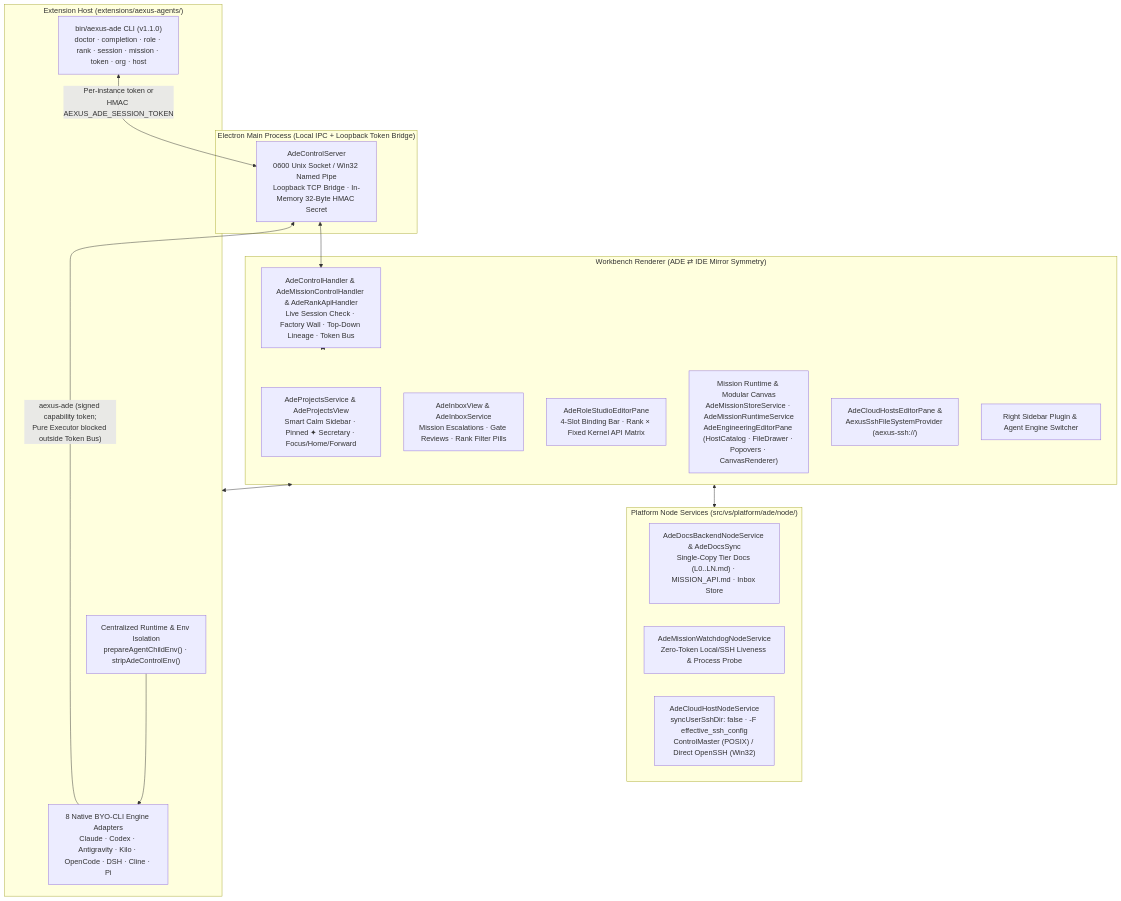
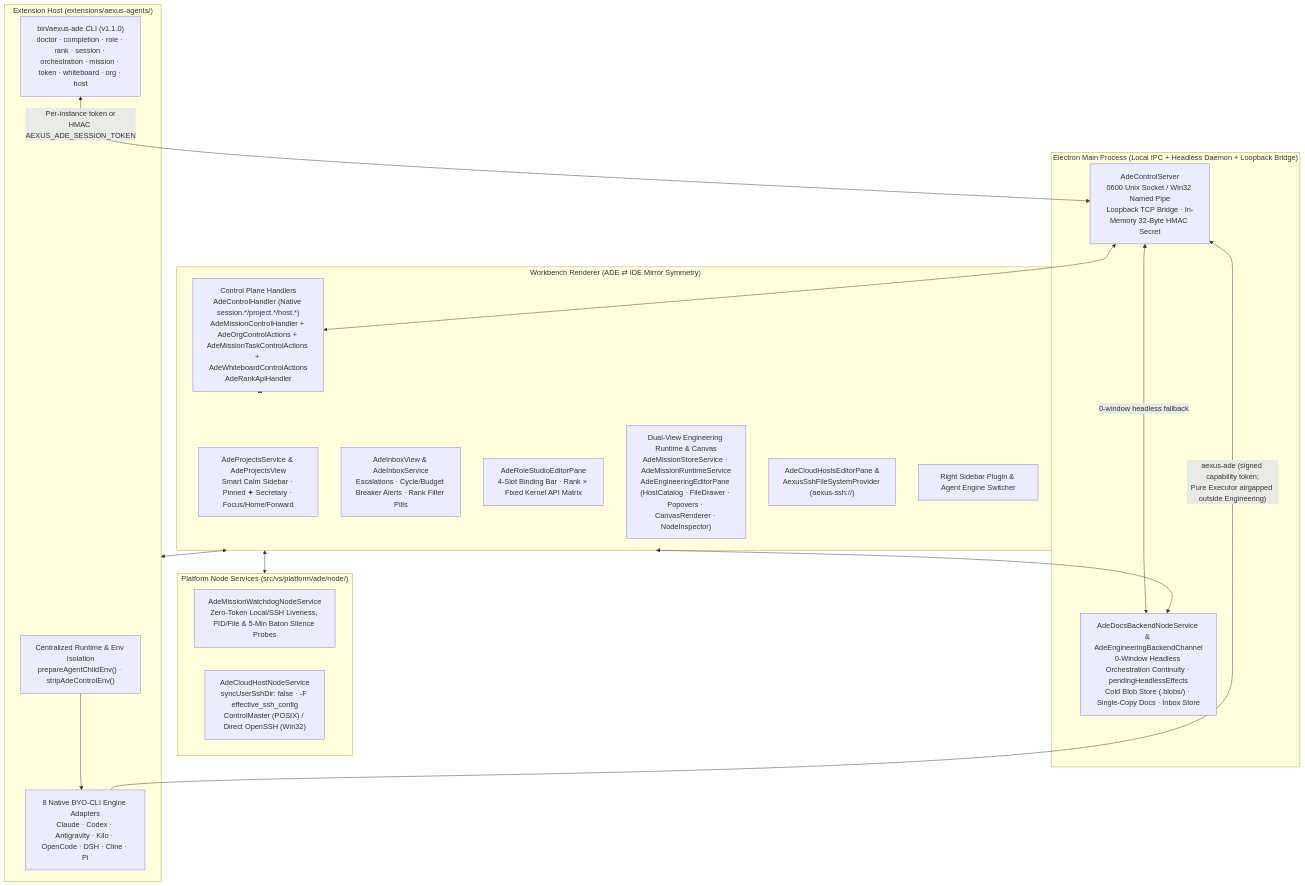
The first of 2 diagrams in docs/ARCHITECTURE.md (Daijunfan/Aexus-Code), drawn with Mermaid before and after one commit. The commit also changed other lines of this file and 184 other files, not shown here.

First line of the commit message:
feat(ade): commercial-grade backend/frontend overhaul & 24-shot 2x Retina promo showcase

````diff
--- a/docs/ARCHITECTURE.md
+++ b/docs/ARCHITECTURE.md
@@ -12,36 +12,38 @@
 ```mermaid
 flowchart TB
-    subgraph Main["Electron Main Process (Local IPC + Loopback Token Bridge)"]
+    subgraph Main["Electron Main Process (Local IPC + Headless Daemon + Loopback Bridge)"]
         CS["AdeControlServer<br/>0600 Unix Socket / Win32 Named Pipe<br/>Loopback TCP Bridge · In-Memory 32-Byte HMAC Secret"]
+        DAEMON["AdeDocsBackendNodeService &amp; AdeEngineeringBackendChannel<br/>0-Window Headless Orchestration Continuity · pendingHeadlessEffects<br/>Cold Blob Store (.blobs/) · Single-Copy Docs · Inbox Store"]
     end
 
     subgraph Workbench["Workbench Renderer (ADE ⇄ IDE Mirror Symmetry)"]
         PROJ["AdeProjectsService &amp; AdeProjectsView<br/>Smart Calm Sidebar · Pinned ✦ Secretary · Focus/Home/Forward"]
-        INBOX["AdeInboxView &amp; AdeInboxService<br/>Mission Escalations · Gate Reviews · Rank Filter Pills"]
+        INBOX["AdeInboxView &amp; AdeInboxService<br/>Escalations · Cycle/Budget Breaker Alerts · Rank Filter Pills"]
         STUDIO["AdeRoleStudioEditorPane<br/>4-Slot Binding Bar · Rank × Fixed Kernel API Matrix"]
-        MISSION["Mission Runtime &amp; Modular Canvas<br/>AdeMissionStoreService · AdeMissionRuntimeService<br/>AdeEngineeringEditorPane (HostCatalog · FileDrawer · Popovers · CanvasRenderer)"]
-        RBAC["AdeControlHandler &amp; AdeMissionControlHandler &amp; AdeRankApiHandler<br/>Live Session Check · Factory Wall · Top-Down Lineage · Token Bus"]
+        ENG["Dual-View Engineering Runtime &amp; Canvas<br/>AdeMissionStoreService · AdeMissionRuntimeService<br/>AdeEngineeringEditorPane (HostCatalog · FileDrawer · Popovers · CanvasRenderer · NodeInspector)"]
+        RBAC["Control Plane Handlers<br/>AdeControlHandler (Native session.*/project.*/host.*)<br/>AdeMissionControlHandler + AdeOrgControlActions + AdeMissionTaskControlActions + AdeWhiteboardControlActions<br/>AdeRankApiHandler"]
         SSHUI["AdeCloudHostsEditorPane &amp;<br/>AexusSshFileSystemProvider (aexus-ssh://)"]
         PLUG["Right Sidebar Plugin &amp; Agent Engine Switcher"]
     end
 
     subgraph NodeServices["Platform Node Services (src/vs/platform/ade/node/)"]
-        DOCS["AdeDocsBackendNodeService &amp; AdeDocsSync<br/>Single-Copy Tier Docs (L0..LN.md) · MISSION_API.md · Inbox Store"]
-        WD["AdeMissionWatchdogNodeService<br/>Zero-Token Local/SSH Liveness &amp; Process Probe"]
+        WD["AdeMissionWatchdogNodeService<br/>Zero-Token Local/SSH Liveness, PID/File &amp; 5-Min Baton Silence Probes"]
         CLOUD["AdeCloudHostNodeService<br/>syncUserSshDir: false · -F effective_ssh_config<br/>ControlMaster (POSIX) / Direct OpenSSH (Win32)"]
     end
 
     subgraph ExtHost["Extension Host (extensions/aexus-agents/)"]
         RT["Centralized Runtime &amp; Env Isolation<br/>prepareAgentChildEnv() · stripAdeControlEnv()"]
-        CLI["bin/aexus-ade CLI (v1.1.0)<br/>doctor · completion · role · rank · session · mission · token · org · host"]
+        CLI["bin/aexus-ade CLI (v1.1.0)<br/>doctor · completion · role · rank · session · orchestration · mission · token · whiteboard · org · host"]
         ENG8["8 Native BYO-CLI Engine Adapters<br/>Claude · Codex · Antigravity · Kilo · OpenCode · DSH · Cline · Pi"]
     end
 
     CLI <-->|"Per-instance token or<br/>HMAC AEXUS_ADE_SESSION_TOKEN"| CS
+    CS <-->|"0-window headless fallback"| DAEMON
     CS <--> RBAC
     RBAC <--> Workbench
+    Workbench <--> DAEMON
     Workbench <--> NodeServices
     Workbench <--> ExtHost
     RT --> ENG8
-    ENG8 -->|"aexus-ade (signed capability token;<br/>Pure Executor blocked outside Token Bus)"| CS
+    ENG8 -->|"aexus-ade (signed capability token;<br/>Pure Executor airgapped outside Engineering)"| CS
 ```
````
